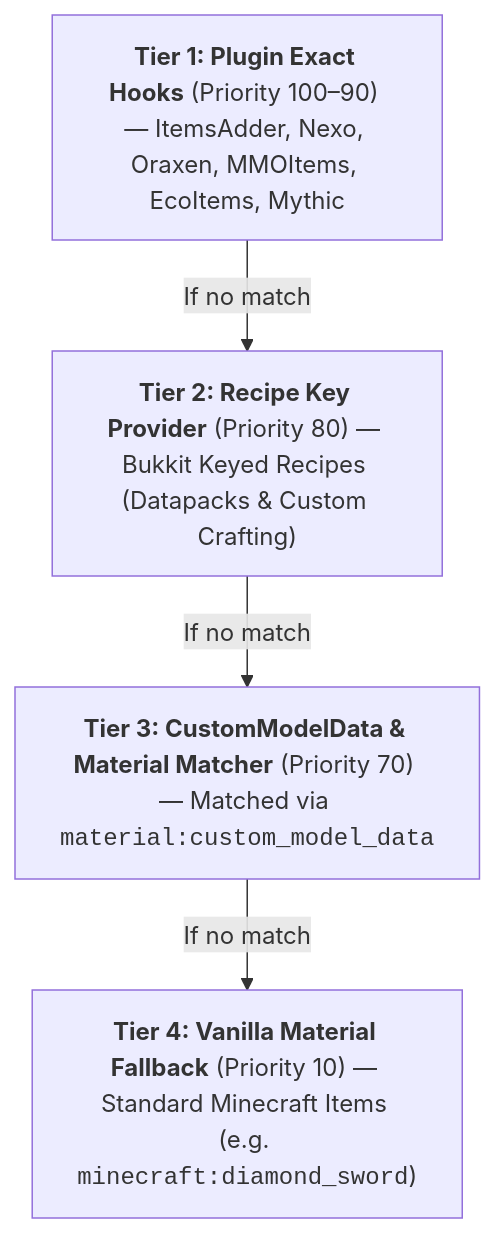
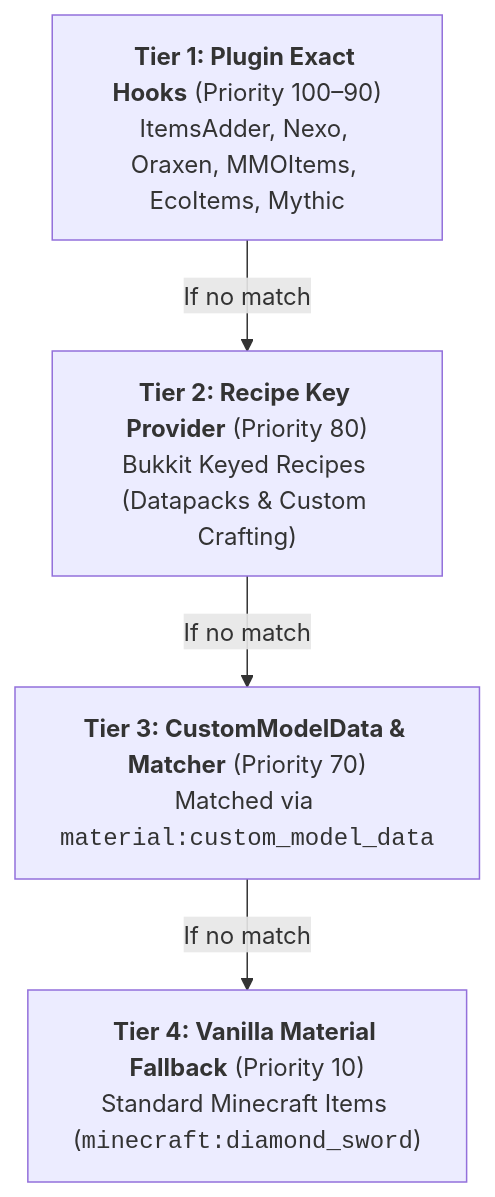
One commit to XZtotal/CraftingBlueprints-Wiki changed the diagram in docs/authoring/custom-items-spi.md. Above: the diagram before and after it, drawn with Mermaid. The commit also changed 24 other files, not shown here.

````diff
--- a/docs/authoring/custom-items-spi.md
+++ b/docs/authoring/custom-items-spi.md
@@ -33,7 +33,11 @@
 ```mermaid
 flowchart TD
-    T1["<b>Tier 1: Plugin Exact Hooks</b> (Priority 100–90) — ItemsAdder, Nexo, Oraxen, MMOItems, EcoItems, Mythic"]
-    -->|If no match| T2["<b>Tier 2: Recipe Key Provider</b> (Priority 80) — Bukkit Keyed Recipes (Datapacks & Custom Crafting)"]
-    -->|If no match| T3["<b>Tier 3: CustomModelData & Material Matcher</b> (Priority 70) — Matched via <code>material:custom_model_data</code>"]
-    -->|If no match| T4["<b>Tier 4: Vanilla Material Fallback</b> (Priority 10) — Standard Minecraft Items (e.g. <code>minecraft:diamond_sword</code>)"]
+    T1["<b>Tier 1: Plugin Exact Hooks</b> (Priority 100–90)<br/>ItemsAdder, Nexo, Oraxen, MMOItems, EcoItems, Mythic"]
+    T2["<b>Tier 2: Recipe Key Provider</b> (Priority 80)<br/>Bukkit Keyed Recipes (Datapacks &amp; Custom Crafting)"]
+    T3["<b>Tier 3: CustomModelData &amp; Matcher</b> (Priority 70)<br/>Matched via <code>material:custom_model_data</code>"]
+    T4["<b>Tier 4: Vanilla Material Fallback</b> (Priority 10)<br/>Standard Minecraft Items (<code>minecraft:diamond_sword</code>)"]
+
+    T1 -->|If no match| T2
+    T2 -->|If no match| T3
+    T3 -->|If no match| T4
 ```
````
